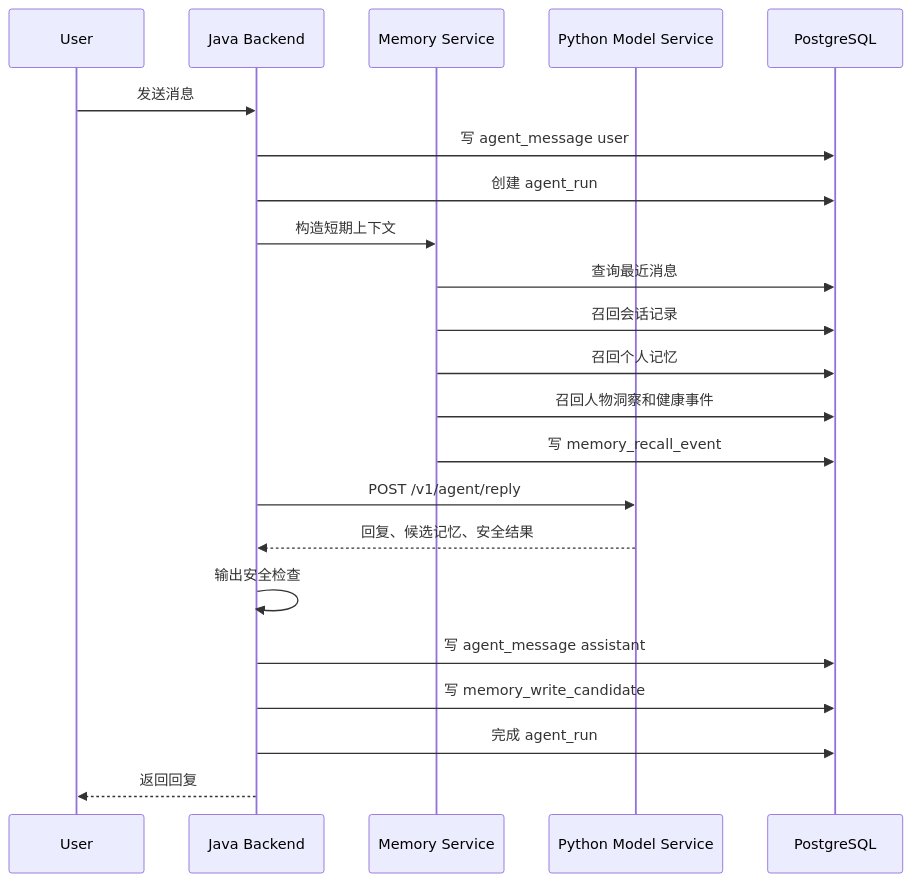
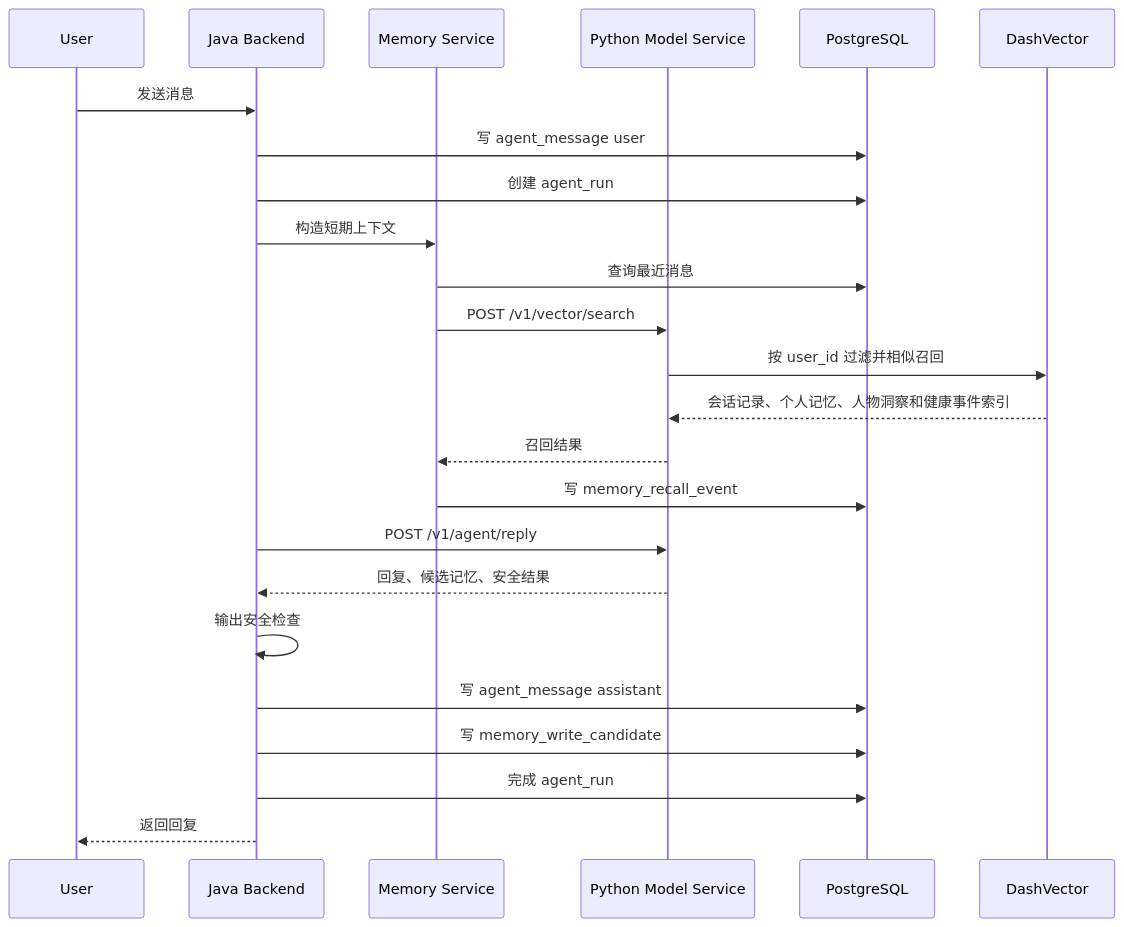
The eighth of 9 diagrams in docs/superpowers/specs/2026-06-11-chrono-agent-technical-solution.md (GnoixZ/Chrono-Agent), drawn with Mermaid before and after one commit. The commit also changed other lines of this file and 35 other files, not shown here.

````diff
--- a/docs/superpowers/specs/2026-06-11-chrono-agent-technical-solution.md
+++ b/docs/superpowers/specs/2026-06-11-chrono-agent-technical-solution.md
@@ -1016,25 +1068,27 @@
 ```mermaid
 sequenceDiagram
     participant U as User
     participant B as Java Backend
     participant M as Memory Service
     participant P as Python Model Service
     participant DB as PostgreSQL
+    participant V as DashVector
 
     U->>B: 发送消息
     B->>DB: 写 agent_message user
     B->>DB: 创建 agent_run
     B->>M: 构造短期上下文
     M->>DB: 查询最近消息
-    M->>DB: 召回会话记录
-    M->>DB: 召回个人记忆
-    M->>DB: 召回人物洞察和健康事件
+    M->>P: POST /v1/vector/search
+    P->>V: 按 user_id 过滤并相似召回
+    V-->>P: 会话记录、个人记忆、人物洞察和健康事件索引
+    P-->>M: 召回结果
     M->>DB: 写 memory_recall_event
     B->>P: POST /v1/agent/reply
     P-->>B: 回复、候选记忆、安全结果
     B->>B: 输出安全检查
     B->>DB: 写 agent_message assistant
     B->>DB: 写 memory_write_candidate
     B->>DB: 完成 agent_run
     B-->>U: 返回回复
 ```
````
